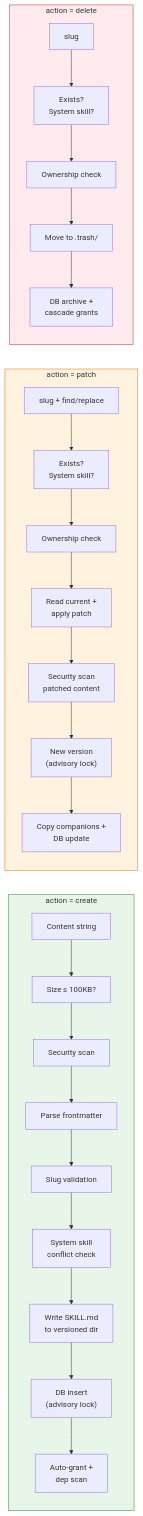
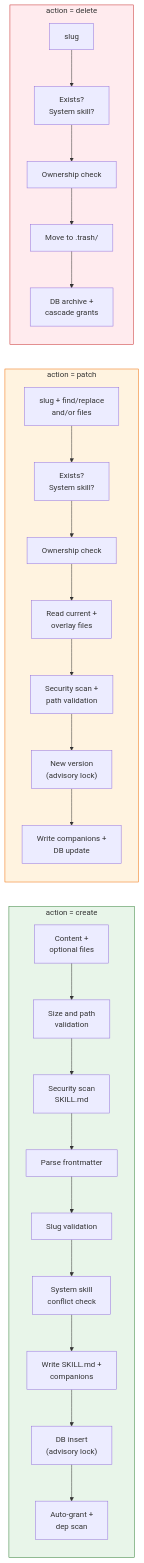
The third of 5 diagrams in docs/21-agent-evolution-and-skill-management.md (qkhalk/goclaw), drawn with Mermaid before and after one commit. The commit also changed other lines of this file and 9 other files, not shown here.

````diff
--- a/docs/21-agent-evolution-and-skill-management.md
+++ b/docs/21-agent-evolution-and-skill-management.md
@@ -284,36 +287,36 @@
 ```mermaid
 flowchart LR
     subgraph CREATE["action = create"]
         direction TB
-        C1["Content string"] --> C2["Size ≤ 100KB?"]
-        C2 --> C3["Security scan"]
+        C1["Content +<br/>optional files"] --> C2["Size and path<br/>validation"]
+        C2 --> C3["Security scan<br/>SKILL.md"]
         C3 --> C4["Parse frontmatter"]
         C4 --> C5["Slug validation"]
         C5 --> C6["System skill<br/>conflict check"]
-        C6 --> C7["Write SKILL.md<br/>to versioned dir"]
+        C6 --> C7["Write SKILL.md +<br/>companions"]
         C7 --> C8["DB insert<br/>(advisory lock)"]
         C8 --> C9["Auto-grant +<br/>dep scan"]
     end
 
     subgraph PATCH["action = patch"]
         direction TB
-        P1["slug + find/replace"] --> P2["Exists?<br/>System skill?"]
+        P1["slug + find/replace<br/>and/or files"] --> P2["Exists?<br/>System skill?"]
         P2 --> P3["Ownership check"]
-        P3 --> P4["Read current +<br/>apply patch"]
-        P4 --> P5["Security scan<br/>patched content"]
+        P3 --> P4["Read current +<br/>overlay files"]
+        P4 --> P5["Security scan +<br/>path validation"]
         P5 --> P6["New version<br/>(advisory lock)"]
-        P6 --> P7["Copy companions +<br/>DB update"]
+        P6 --> P7["Write companions +<br/>DB update"]
     end
 
     subgraph DELETE["action = delete"]
         direction TB
         D1["slug"] --> D2["Exists?<br/>System skill?"]
         D2 --> D3["Ownership check"]
         D3 --> D4["Move to .trash/"]
         D4 --> D5["DB archive +<br/>cascade grants"]
     end
 
     style CREATE fill:#e8f5e9,stroke:#2e7d32
     style PATCH fill:#fff3e0,stroke:#ef6c00
     style DELETE fill:#ffebee,stroke:#c62828
 ```
````
